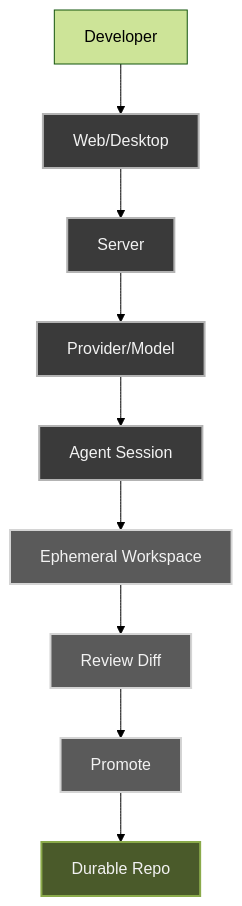
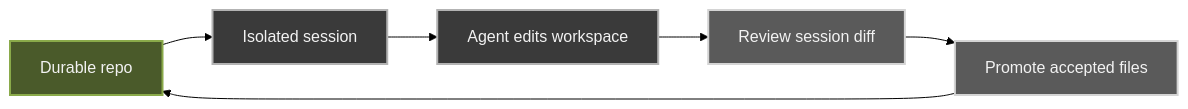
Before and after one commit to cloudboy-jh/glib-code-docs: the diagram in src/content/docs/index.md, drawn with Mermaid (forest theme). The commit also changed other lines of this file and 26 other files, not shown here.

First line of the commit message:
Rebuild docs IA against core repo; fix diagrams, drop dead pages

````diff
--- a/src/content/docs/index.md
+++ b/src/content/docs/index.md
@@ -12,21 +12,16 @@
 ```mermaid
-flowchart TD
-  Developer["Developer"] --> WebDesktop["Web/Desktop"]
-  WebDesktop --> Server["Server"]
-  Server --> ProviderModel["Provider/Model"]
-  ProviderModel --> Session["Agent Session"]
-  Session --> Ephemeral["Ephemeral Workspace"]
-  Ephemeral --> Review["Review Diff"]
-  Review --> Promote["Promote"]
-  Promote --> Durable["Durable Repo"]
+flowchart LR
+  Repo["Durable repo"] --> Session["Isolated session"]
+  Session --> Agent["Agent edits workspace"]
+  Agent --> Review["Review session diff"]
+  Review --> Promote["Promote accepted files"]
+  Promote --> Repo
 
-  classDef surface fill:#3a3a3a,stroke:#b3b3b3,color:#f2f2f2,stroke-width:2px
+  classDef durable fill:#4a5a2a,stroke:#8aaa4a,color:#f2f2f2,stroke-width:2px
   classDef core fill:#3a3a3a,stroke:#b3b3b3,color:#f2f2f2,stroke-width:2px
   classDef review fill:#5a5a5a,stroke:#d4d4d4,color:#f2f2f2,stroke-width:2px
-  classDef durable fill:#4a5a2a,stroke:#8aaa4a,color:#f2f2f2,stroke-width:2px
 
-  class WebDesktop surface
-  class Server,ProviderModel,Session core
-  class Ephemeral,Review,Promote review
-  class Durable durable
+  class Repo durable
+  class Session,Agent core
+  class Review,Promote review
 ```
````
